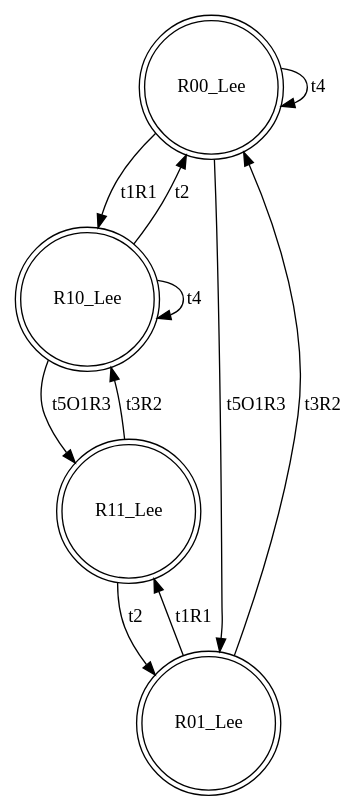
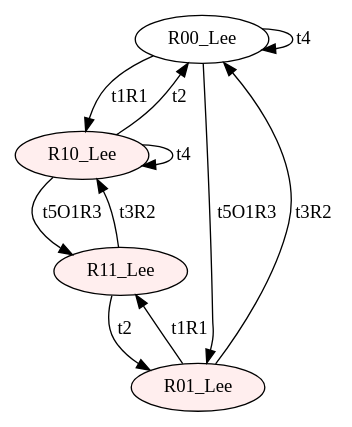
Before and after one commit to Stefano-BS/Explanatory-Diagnosis: the diagram in input/r_SC.dot, drawn with Graphviz. The commit also changed 69 other files, not shown here.

```diff
--- a/input/r_SC.dot
+++ b/input/r_SC.dot
@@ -1,16 +1,16 @@
 digraph "SCinput/r" {
-node [shape=doublecircle]; R00_Lee ;
-node [shape=doublecircle]; R10_Lee ;
-node [shape=doublecircle]; R11_Lee ;
-node [shape=doublecircle]; R01_Lee ;
+node [fillcolor="#FFFFFF"]; R00_Lee ;
+node [style=filled fillcolor="#FFEEEE"]; R10_Lee ;
+node [style=filled fillcolor="#FFEEEE"]; R11_Lee ;
+node [style=filled fillcolor="#FFEEEE"]; R01_Lee ;
 R00_Lee -> R01_Lee [label=t5O1R3]
 R00_Lee -> R00_Lee [label=t4]
 R00_Lee -> R10_Lee [label=t1R1]
 R10_Lee -> R11_Lee [label=t5O1R3]
 R10_Lee -> R10_Lee [label=t4]
 R10_Lee -> R00_Lee [label=t2]
 R11_Lee -> R10_Lee [label=t3R2]
 R11_Lee -> R01_Lee [label=t2]
 R01_Lee -> R00_Lee [label=t3R2]
 R01_Lee -> R11_Lee [label=t1R1]
 }
```
